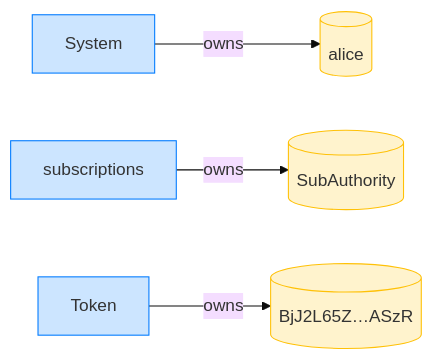
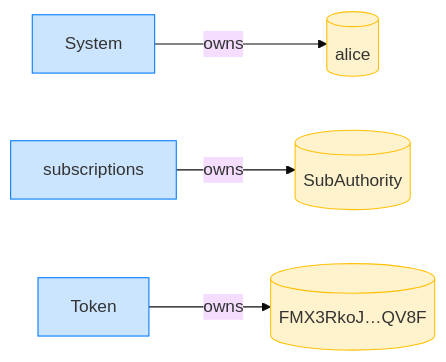
The fourth of 24 diagrams in dsl_tests/a-sponsor-can-revoke-a-subscription-once-the-plan-is-closed.md (cds-rs/subscriptions), drawn with Mermaid (base theme) before and after one commit. The commit also changed other lines of this file and 224 other files, not shown here.

````diff
--- a/dsl_tests/a-sponsor-can-revoke-a-subscription-once-the-plan-is-closed.md
+++ b/dsl_tests/a-sponsor-can-revoke-a-subscription-once-the-plan-is-closed.md
@@ -73,14 +78,14 @@
 ```mermaid
 flowchart LR
     classDef owner fill:#cce5ff,stroke:#007bff;
     classDef account fill:#fff3cd,stroke:#ffc107;
     System[System]:::owner
     alice[(alice)]:::account
     subscriptions[subscriptions]:::owner
     SubAuthority[(SubAuthority)]:::account
     Token[Token]:::owner
-    BjJ2L65Z_ASzR[("BjJ2L65Z…ASzR")]:::account
+    FMX3RkoJ_QV8F[("FMX3RkoJ…QV8F")]:::account
     System -->|owns| alice
     subscriptions -->|owns| SubAuthority
-    Token -->|owns| BjJ2L65Z_ASzR
+    Token -->|owns| FMX3RkoJ_QV8F
 ```
````
